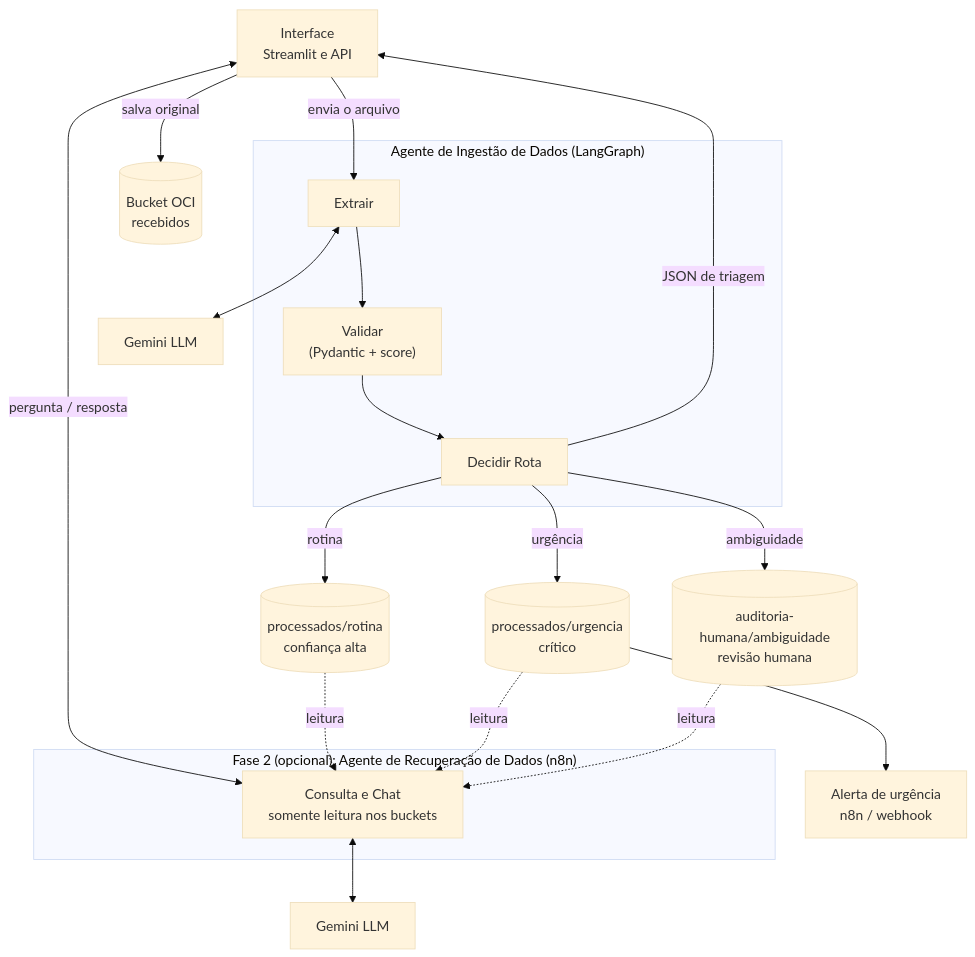
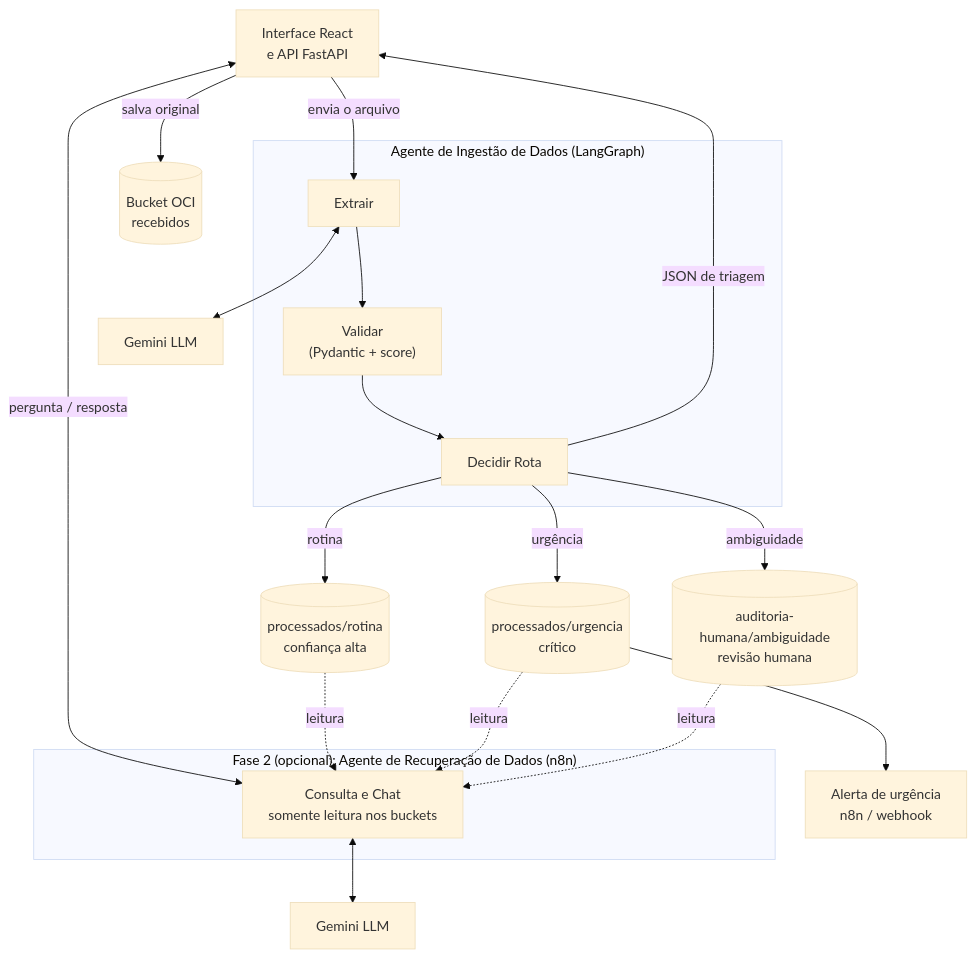
One commit to No-Country-simulation/G10-BRASIL-equipo-7 changed the diagram in README.md. Above: the diagram before and after it, drawn with Mermaid (base theme). The commit also changed other lines of this file and 14 other files, not shown here.

````diff
--- a/README.md
+++ b/README.md
@@ -33,26 +33,26 @@
 ```mermaid
 flowchart TD
-    UI["Interface<br/>Streamlit e API"] -->|salva original| REC[("Bucket OCI<br/>recebidos")]
+    UI["Interface React<br/>e API FastAPI"] -->|salva original| REC[("Bucket OCI<br/>recebidos")]
     UI -->|envia o arquivo| EXT
 
     subgraph AGENTE["Agente de Ingestão de Dados (LangGraph)"]
         EXT[Extrair] --> VAL["Validar<br/>(Pydantic + score)"] --> ROTA[Decidir Rota]
     end
 
     EXT <--> GEM1[Gemini LLM]
     ROTA -->|JSON de triagem| UI
 
     ROTA -->|rotina| R[("processados/rotina<br/>confiança alta")]
     ROTA -->|urgência| U[("processados/urgencia<br/>crítico")]
     ROTA -->|ambiguidade| A[("auditoria-humana/ambiguidade<br/>revisão humana")]
     U --> ALERTA["Alerta de urgência<br/>n8n / webhook"]
 
     subgraph FASE2["Fase 2 (opcional): Agente de Recuperação de Dados (n8n)"]
         CHAT["Consulta e Chat<br/>somente leitura nos buckets"]
     end
     CHAT <--> GEM2[Gemini LLM]
     UI <-->|pergunta / resposta| CHAT
     R -.->|leitura| CHAT
     U -.->|leitura| CHAT
     A -.->|leitura| CHAT
 ```
````
